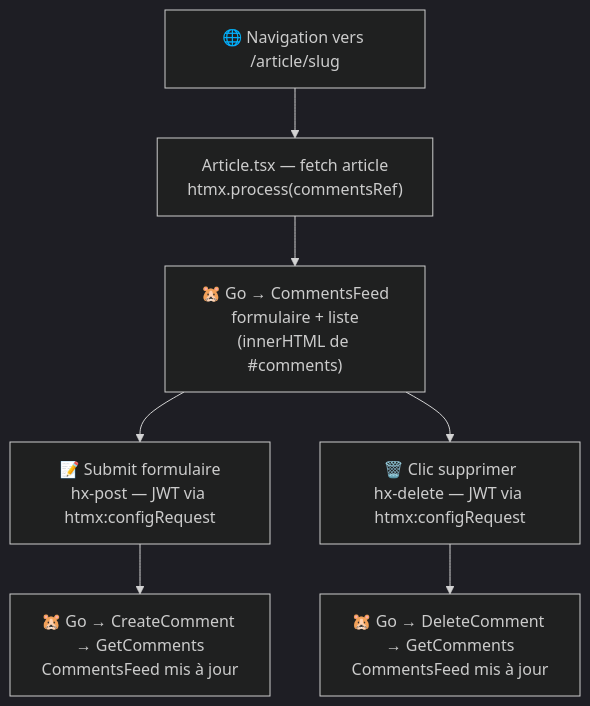
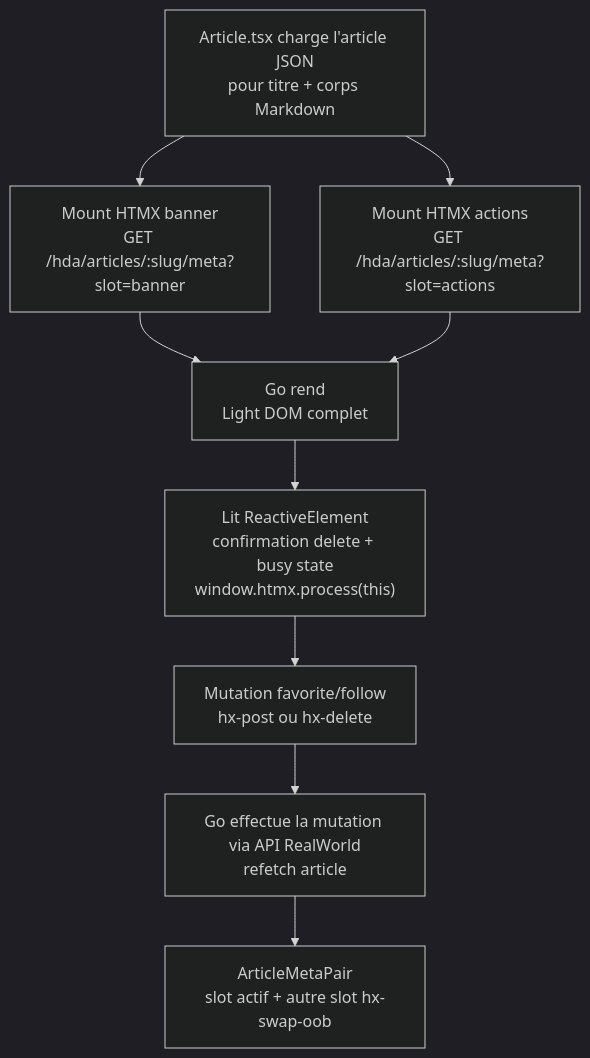
The diagram in MIGRATION_STEP.md (StephaneTrebel/htmx-de-maniere-simplix), drawn with Mermaid (dark theme) before and after one commit. The commit also changed other lines of this file and 14 other files, not shown here.

Commit message:
feat: migrate article meta to web component

````diff
--- a/MIGRATION_STEP.md
+++ b/MIGRATION_STEP.md
@@ -201,14 +35,16 @@
 ```mermaid
 flowchart TD
-    A["🌐 Navigation vers /article/slug"]
-    B["Article.tsx — fetch article\nhtmx.process(commentsRef)"]
-    C["🐹 Go → CommentsFeed\nformulaire + liste\n(innerHTML de #comments)"]
-    D["📝 Submit formulaire\nhx-post — JWT via htmx:configRequest"]
-    E["🐹 Go → CreateComment → GetComments\nCommentsFeed mis à jour"]
-    F["🗑️ Clic supprimer\nhx-delete — JWT via htmx:configRequest"]
-    G["🐹 Go → DeleteComment → GetComments\nCommentsFeed mis à jour"]
+    A["Article.tsx charge l'article JSON\npour titre + corps Markdown"]
+    B["Mount HTMX banner\nGET /hda/articles/:slug/meta?slot=banner"]
+    C["Mount HTMX actions\nGET /hda/articles/:slug/meta?slot=actions"]
+    D["Go rend <conduit-article-meta>\nLight DOM complet"]
+    E["Lit ReactiveElement\nconfirmation delete + busy state\nwindow.htmx.process(this)"]
+    F["Mutation favorite/follow\nhx-post ou hx-delete"]
+    G["Go effectue la mutation via API RealWorld\nrefetch article"]
+    H["ArticleMetaPair\nslot actif + autre slot hx-swap-oob"]
 
-    A --> B --> C
-    C --> D --> E
-    C --> F --> G
+    A --> B --> D
+    A --> C --> D
+    D --> E
+    E --> F --> G --> H
 ```
````
